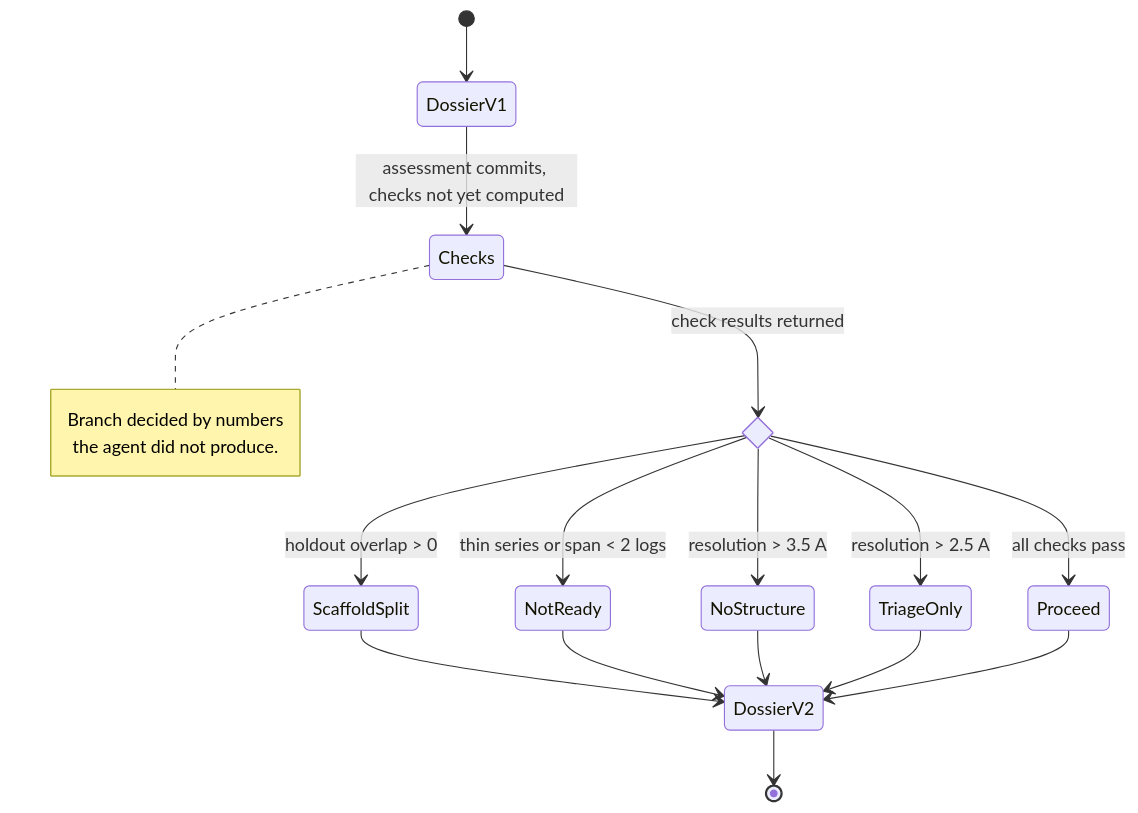
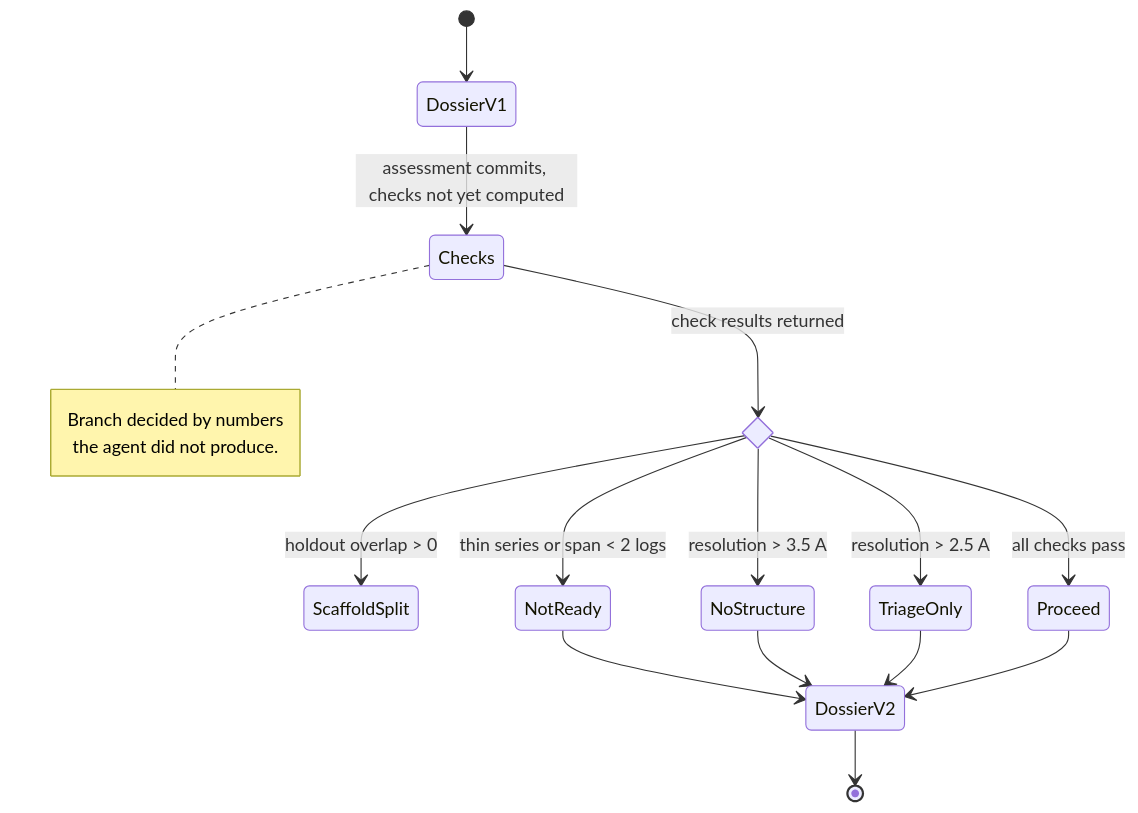
The fourth of 4 diagrams in docs/ARCHITECTURE.md (kowsercse/pgrn-lead-optimization), drawn with Mermaid before and after one commit. The commit also changed other lines of this file and 18 other files, not shown here.

````diff
--- a/docs/ARCHITECTURE.md
+++ b/docs/ARCHITECTURE.md
@@ -199,24 +199,23 @@
 ```mermaid
 stateDiagram-v2
     state Evaluate <<choice>>
 
     [*] --> DossierV1
     DossierV1 --> Checks : assessment commits, checks not yet computed
     Checks --> Evaluate : check results returned
     Evaluate --> ScaffoldSplit : holdout overlap > 0
     Evaluate --> NotReady : thin series or span < 2 logs
     Evaluate --> NoStructure : resolution > 3.5 A
     Evaluate --> TriageOnly : resolution > 2.5 A
     Evaluate --> Proceed : all checks pass
-    ScaffoldSplit --> DossierV2
     NotReady --> DossierV2
     NoStructure --> DossierV2
     TriageOnly --> DossierV2
     Proceed --> DossierV2
     DossierV2 --> [*]
 
     note right of Checks
         Branch decided by numbers
         the agent did not produce.
     end note
 ```
````
